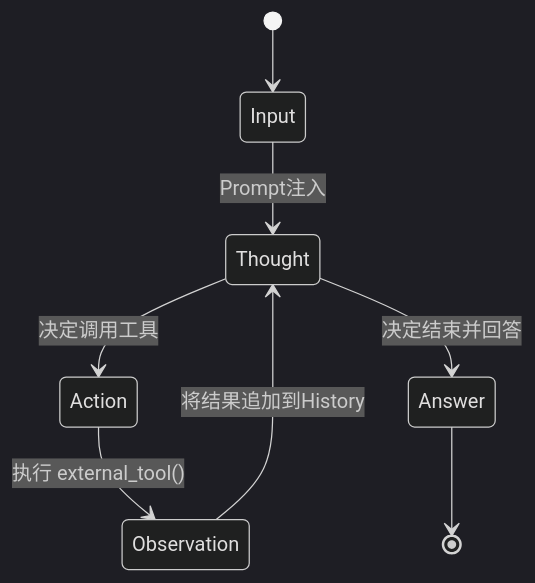
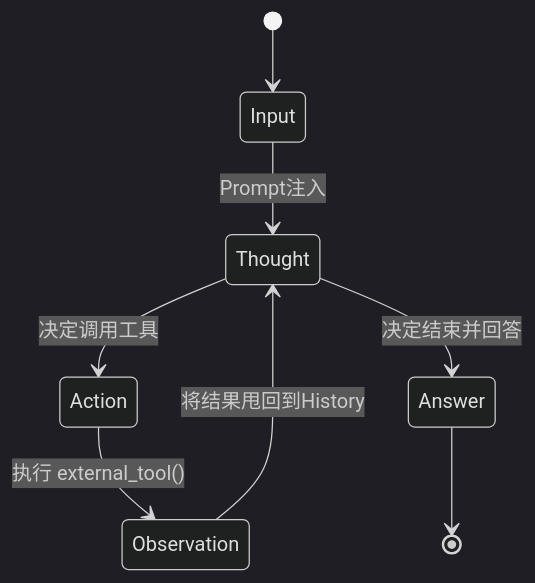
Before and after one commit to briefness/LZYBlog: the first of 4 diagrams in docs/posts/AI/09_Agents_and_Tools.md, drawn with Mermaid (dark theme). The commit also changed other lines of this file and 13 other files, not shown here.

````diff
--- a/docs/posts/AI/09_Agents_and_Tools.md
+++ b/docs/posts/AI/09_Agents_and_Tools.md
@@ -18,13 +20,13 @@
 ```mermaid
 stateDiagram-v2
     [*] --> Input
     Input --> Thought : Prompt注入
     
     Thought --> Action : 决定调用工具
     Thought --> Answer : 决定结束并回答
     
     Action --> Observation : 执行 external_tool()
-    Observation --> Thought : 将结果追加到History
+    Observation --> Thought : 将结果甩回到History
     
     Answer --> [*]
 ```
````
